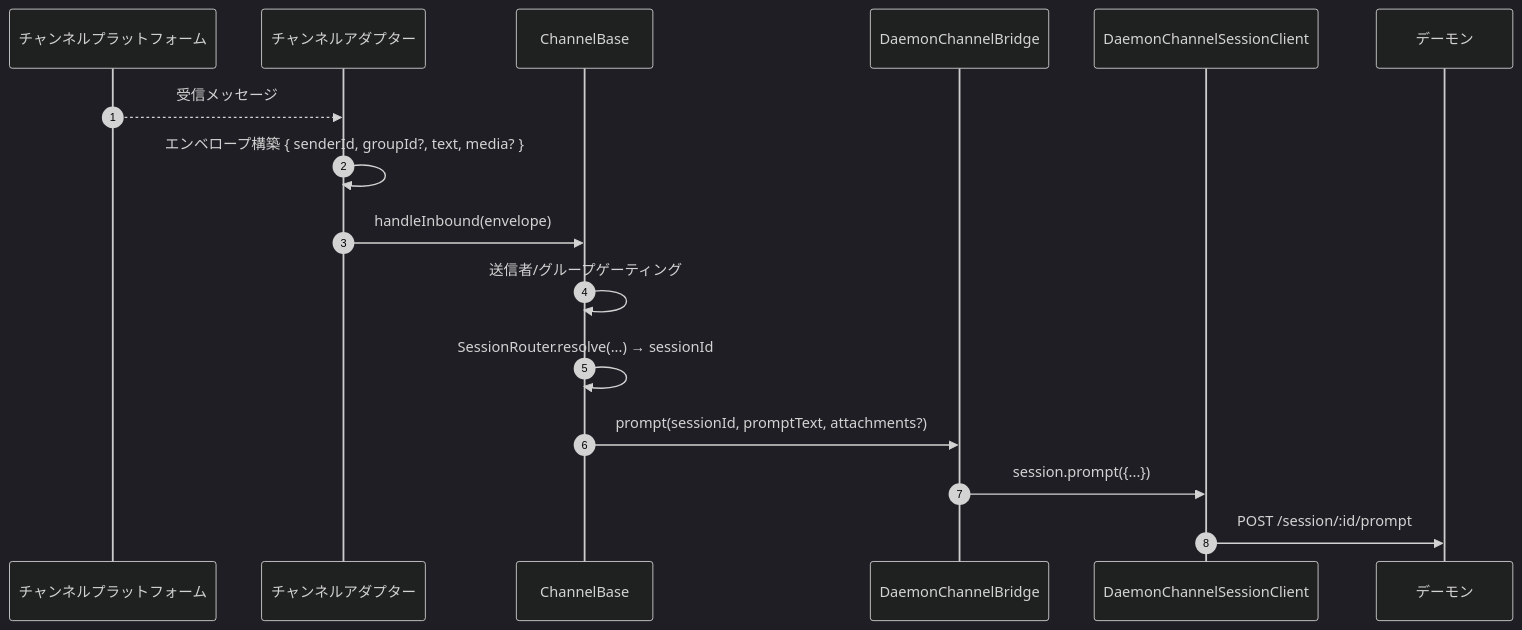
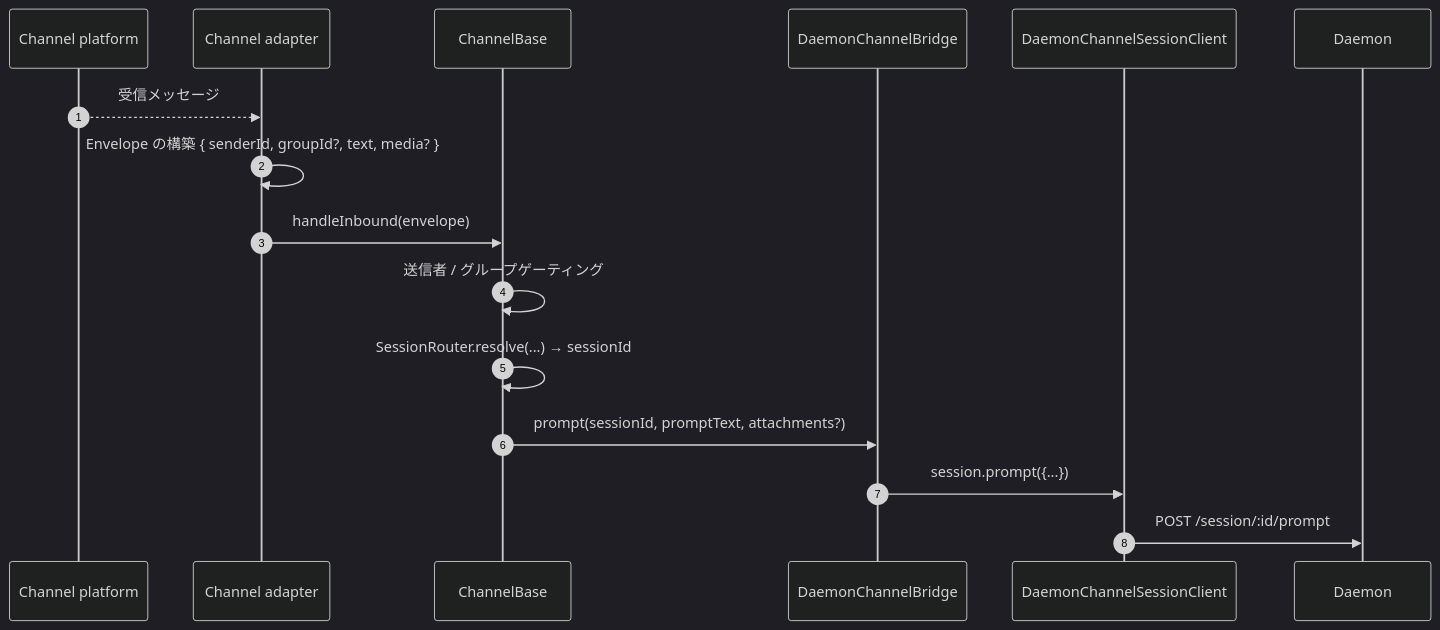
The first of 3 diagrams in website/content/ja/developers/daemon/15-channel-adapters.md (QwenLM/qwen-code-docs), drawn with Mermaid (dark theme) before and after one commit. The commit also changed other lines of this file and 128 other files, not shown here.

````diff
--- a/website/content/ja/developers/daemon/15-channel-adapters.md
+++ b/website/content/ja/developers/daemon/15-channel-adapters.md
@@ -93,19 +98,19 @@
 ```mermaid
 sequenceDiagram
     autonumber
-    participant CH as チャンネルプラットフォーム
-    participant AD as チャンネルアダプター
+    participant CH as Channel platform
+    participant AD as Channel adapter
     participant CB as ChannelBase
     participant BR as DaemonChannelBridge
     participant SC as DaemonChannelSessionClient
-    participant D as デーモン
+    participant D as Daemon
 
     CH-->>AD: 受信メッセージ
-    AD->>AD: エンベロープ構築 { senderId, groupId?, text, media? }
+    AD->>AD: Envelope の構築 { senderId, groupId?, text, media? }
     AD->>CB: handleInbound(envelope)
-    CB->>CB: 送信者/グループゲーティング
+    CB->>CB: 送信者 / グループゲーティング
     CB->>CB: SessionRouter.resolve(...) → sessionId
     CB->>BR: prompt(sessionId, promptText, attachments?)
     BR->>SC: session.prompt({...})
     SC->>D: POST /session/:id/prompt
 ```
````
